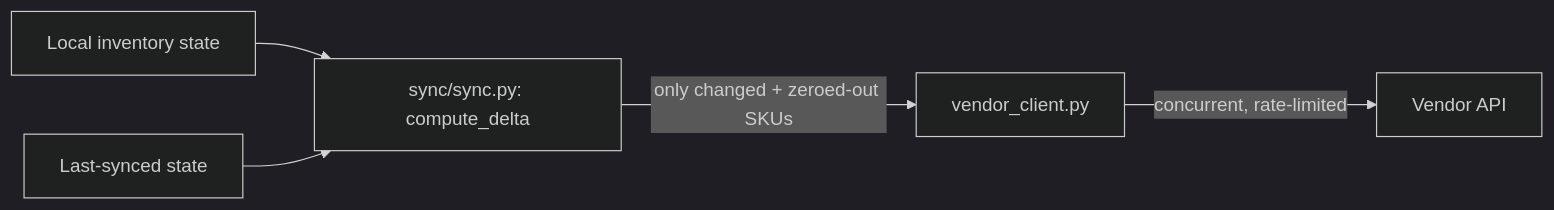
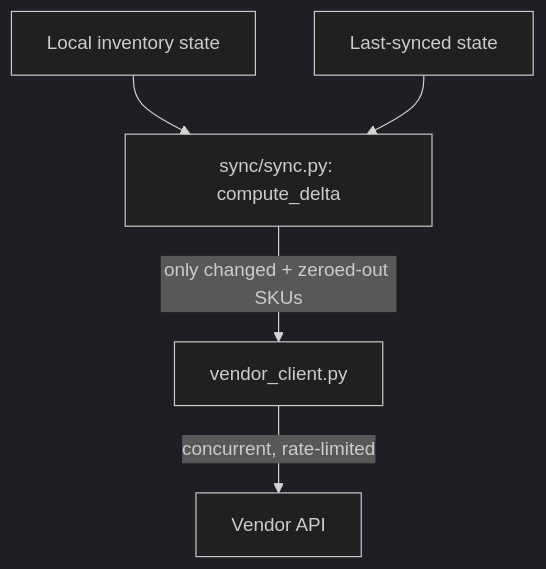
One commit to paulocremas-showcase/inventory-sync-demo changed the diagram in README.md. Above: the diagram before and after it, drawn with Mermaid (dark theme).

Commit message:
docs: orient README flowchart vertically for readability

````diff
--- a/README.md
+++ b/README.md
@@ -23,7 +23,7 @@
 ```mermaid
-flowchart LR
+flowchart TD
     A[Local inventory state] --> C[sync/sync.py: compute_delta]
     B[Last-synced state] --> C
     C -->|only changed + zeroed-out SKUs| D[vendor_client.py]
     D -->|concurrent, rate-limited| E[Vendor API]
 ```
````
